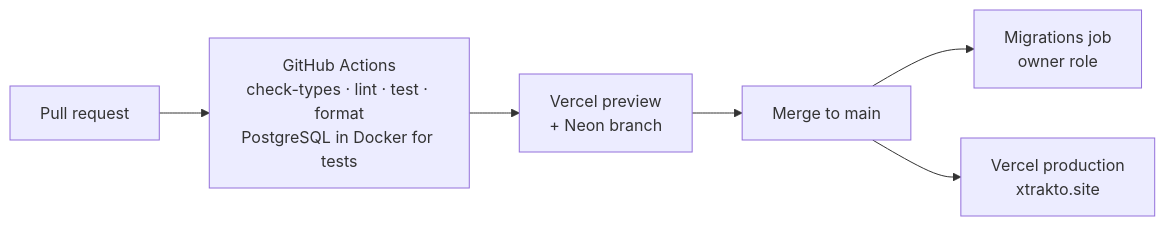
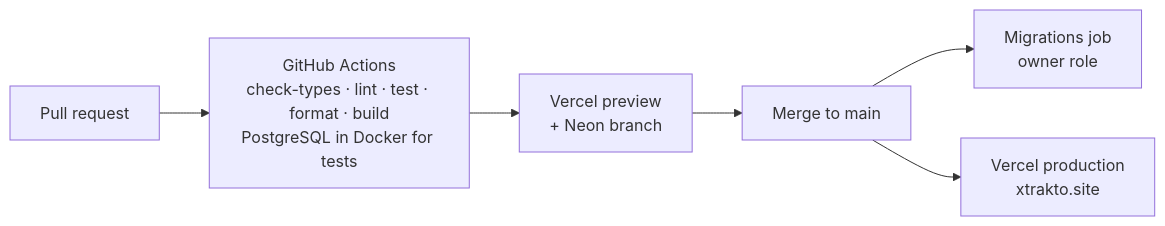
The seventh of 7 diagrams in docs/ARCHITECTURE.md (ingcarlostello/xtrakto), drawn with Mermaid before and after one commit. The commit also changed other lines of this file and 16 other files, not shown here.

````diff
--- a/docs/ARCHITECTURE.md
+++ b/docs/ARCHITECTURE.md
@@ -323,8 +323,8 @@
 ```mermaid
 flowchart LR
-    PR["Pull request"] --> CI["GitHub Actions<br/>check-types · lint · test · format<br/>PostgreSQL in Docker for tests"]
+    PR["Pull request"] --> CI["GitHub Actions<br/>check-types · lint · test · format · build<br/>PostgreSQL in Docker for tests"]
     CI --> PV["Vercel preview<br/>+ Neon branch"]
     PV --> M["Merge to main"]
     M --> MG["Migrations job<br/>owner role"]
     M --> PROD["Vercel production<br/>xtrakto.site"]
 ```
````
